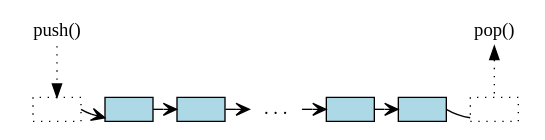
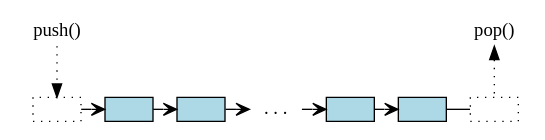
The seventh of 7 diagrams in _sources/containers/sequence-containers.rst (DaveParillo/intermediate-cpp), drawn with Graphviz before and after one commit. The commit also changed other lines of this file and 7 other files, not shown here.

```diff
--- a/_sources/containers/sequence-containers.rst
+++ b/_sources/containers/sequence-containers.rst
@@ -318,24 +317,24 @@
 .. graphviz::
 
    // shows push and pop, enqueue / dequeue
    digraph g {
-       node [fontname = "Bitstream Vera Sans",
+       node [fontname = "Bitstream Vera Sans", fontsize=14,
              style=filled, fillcolor=lightblue,
              shape=box, width=0.5, height=.25, label=""];
 
 
        o,z [style=dotted];
        a,b,d,e;
        node [style=none];
        c [label=". . .", color=white];
 
        back [shape=none, label="push()"];
        front [shape=none, label="pop()"];
 
-       o:e -> a -> b -> c -> d -> e [ arrowhead=vee];
-       e:e -> z [ arrowhead=none];
+       o -> a -> b -> c -> d -> e [ arrowhead=vee];
+       e -> z [ arrowhead=none];
        back -> o [style=dotted];
        front -> z [style=dotted, dir=back];
 
        {rank=sink; o a b c d e z}
    }
```
